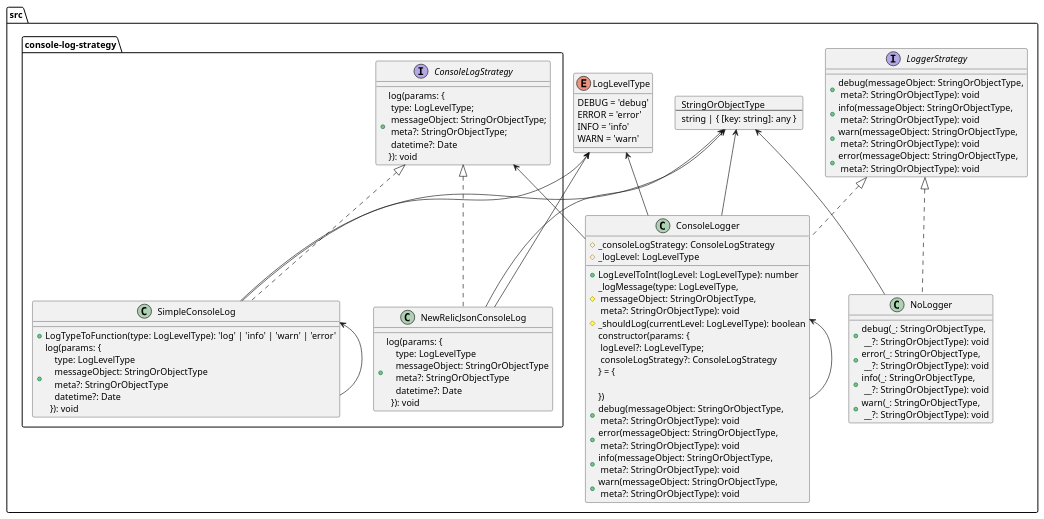
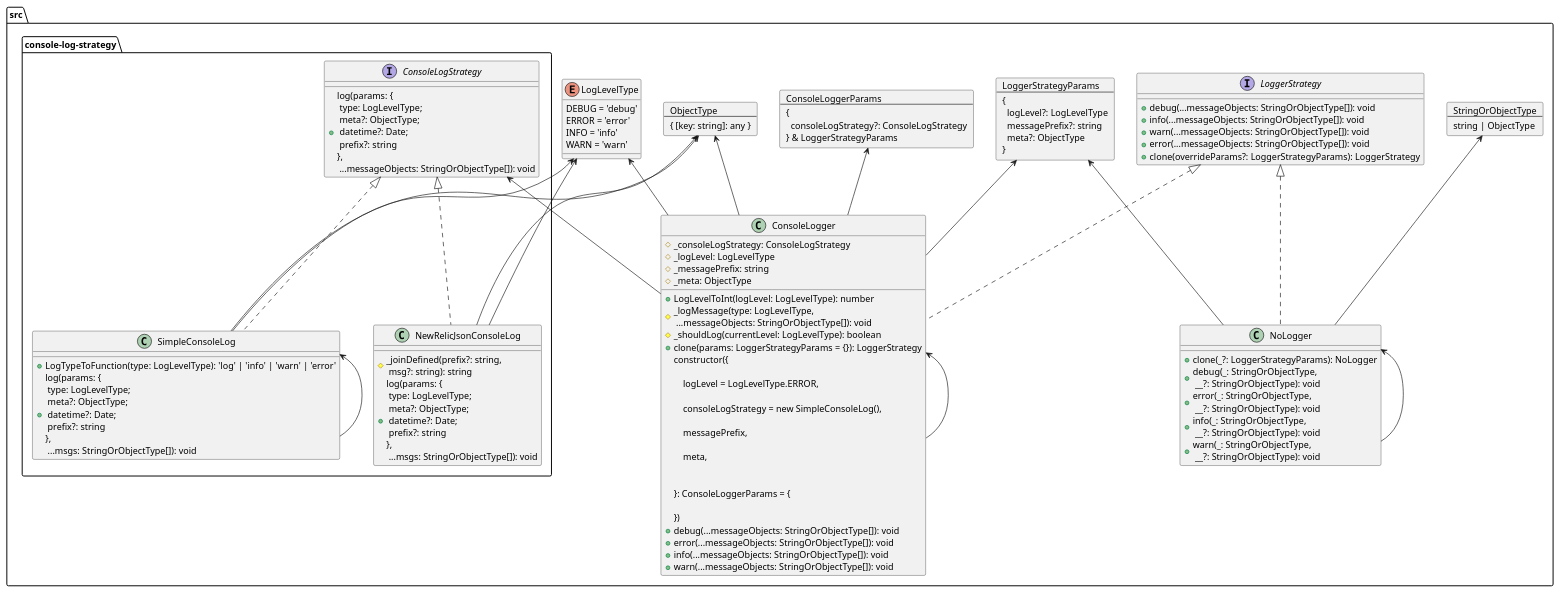
The diagram in resource/doc/vision/vision.puml (beecode-rs/msh-node-log), drawn with PlantUML before and after one commit. The commit also changed 44 other files, not shown here.

Commit message:
feat: console-logger accepts params like console.log()

```diff
--- a/resource/doc/vision/vision.puml
+++ b/resource/doc/vision/vision.puml
@@ -1,65 +1,96 @@
 @startuml
     folder "src" as src_b874d07 {
+      card console_logger_params_d9ae554f [
+        ConsoleLoggerParams
+        ---
+        {
+          consoleLogStrategy?: ConsoleLogStrategy
+        } & LoggerStrategyParams
+      ]
       class "ConsoleLogger" as console_logger_d9ae554f {
         + LogLevelToInt(logLevel: LogLevelType): number
         # _consoleLogStrategy: ConsoleLogStrategy
         # _logLevel: LogLevelType
-        # _logMessage(type: LogLevelType,\n messageObject: StringOrObjectType,\n meta?: StringOrObjectType): void
+        # _logMessage(type: LogLevelType,\n ...messageObjects: StringOrObjectType[]): void
+        # _messagePrefix: string
+        # _meta: ObjectType
         # _shouldLog(currentLevel: LogLevelType): boolean
-        constructor(params: {\n logLevel?: LogLevelType;\n consoleLogStrategy?: ConsoleLogStrategy \n} = {\n\n})
-        + debug(messageObject: StringOrObjectType,\n meta?: StringOrObjectType): void
-        + error(messageObject: StringOrObjectType,\n meta?: StringOrObjectType): void
-        + info(messageObject: StringOrObjectType,\n meta?: StringOrObjectType): void
-        + warn(messageObject: StringOrObjectType,\n meta?: StringOrObjectType): void
+        + clone(params: LoggerStrategyParams = {}): LoggerStrategy
+        constructor({\n\n    logLevel = LogLevelType.ERROR,\n\n    consoleLogStrategy = new SimpleConsoleLog(),\n\n    messagePrefix,\n\n    meta,\n\n  \n}: ConsoleLoggerParams = {\n\n})
+        + debug(...messageObjects: StringOrObjectType[]): void
+        + error(...messageObjects: StringOrObjectType[]): void
+        + info(...messageObjects: StringOrObjectType[]): void
+        + warn(...messageObjects: StringOrObjectType[]): void
       }
       enum "LogLevelType" as log_level_type_94add8b {
         DEBUG = 'debug'
         ERROR = 'error'
         INFO = 'info'
         WARN = 'warn'
       }
+      card object_type_765b9703 [
+        ObjectType
+        ---
+        { [key: string]: any }
+      ]
       card string_or_object_type_765b9703 [
         StringOrObjectType
         ---
-        string | { [key: string]: any }
+        string | ObjectType
+      ]
+      card logger_strategy_params_765b9703 [
+        LoggerStrategyParams
+        ---
+        {
+          logLevel?: LogLevelType
+          messagePrefix?: string
+          meta?: ObjectType
+        }
       ]
       interface "LoggerStrategy" as logger_strategy_765b9703 {
-        + debug(messageObject: StringOrObjectType,\n meta?: StringOrObjectType): void
-        + info(messageObject: StringOrObjectType,\n meta?: StringOrObjectType): void
-        + warn(messageObject: StringOrObjectType,\n meta?: StringOrObjectType): void
-        + error(messageObject: StringOrObjectType,\n meta?: StringOrObjectType): void
+        + debug(...messageObjects: StringOrObjectType[]): void
+        + info(...messageObjects: StringOrObjectType[]): void
+        + warn(...messageObjects: StringOrObjectType[]): void
+        + error(...messageObjects: StringOrObjectType[]): void
+        + clone(overrideParams?: LoggerStrategyParams): LoggerStrategy
       }
       class "NoLogger" as no_logger_efb5639 {
+        + clone(_?: LoggerStrategyParams): NoLogger
         + debug(_: StringOrObjectType,\n __?: StringOrObjectType): void
         + error(_: StringOrObjectType,\n __?: StringOrObjectType): void
         + info(_: StringOrObjectType,\n __?: StringOrObjectType): void
         + warn(_: StringOrObjectType,\n __?: StringOrObjectType): void
       }
       folder "console-log-strategy" as console_log_strategy_5838fe20 {
         interface "ConsoleLogStrategy" as console_log_strategy_7d0f5d8e {
-          + log(params: {\n type: LogLevelType;\n messageObject: StringOrObjectType;\n meta?: StringOrObjectType;\n datetime?: Date \n}): void
+          + log(params: {\n type: LogLevelType;\n meta?: ObjectType;\n datetime?: Date;\n prefix?: string \n},\n ...messageObjects: StringOrObjectType[]): void
         }
         class "NewRelicJsonConsoleLog" as new_relic_json_console_log_cea23840 {
-          + log(params: {\n    type: LogLevelType\n    messageObject: StringOrObjectType\n    meta?: StringOrObjectType\n    datetime?: Date\n  }): void
+          # _joinDefined(prefix?: string,\n msg?: string): string
+          + log(params: {\n type: LogLevelType;\n meta?: ObjectType;\n datetime?: Date;\n prefix?: string \n},\n ...msgs: StringOrObjectType[]): void
         }
         class "SimpleConsoleLog" as simple_console_log_8617eebb {
           + LogTypeToFunction(type: LogLevelType): 'log' | 'info' | 'warn' | 'error'
-          + log(params: {\n    type: LogLevelType\n    messageObject: StringOrObjectType\n    meta?: StringOrObjectType\n    datetime?: Date\n  }): void
+          + log(params: {\n type: LogLevelType;\n meta?: ObjectType;\n datetime?: Date;\n prefix?: string \n},\n ...msgs: StringOrObjectType[]): void
         }
       }
     }
   new_relic_json_console_log_cea23840 -up-> log_level_type_94add8b
-  new_relic_json_console_log_cea23840 -up-> string_or_object_type_765b9703
+  new_relic_json_console_log_cea23840 -up-> object_type_765b9703
   new_relic_json_console_log_cea23840 .up.|> console_log_strategy_7d0f5d8e
   simple_console_log_8617eebb -up-> log_level_type_94add8b
-  simple_console_log_8617eebb -up-> string_or_object_type_765b9703
+  simple_console_log_8617eebb -up-> object_type_765b9703
   simple_console_log_8617eebb -up-> simple_console_log_8617eebb
   simple_console_log_8617eebb .up.|> console_log_strategy_7d0f5d8e
   console_logger_d9ae554f -up-> console_log_strategy_7d0f5d8e
   console_logger_d9ae554f -up-> log_level_type_94add8b
-  console_logger_d9ae554f -up-> string_or_object_type_765b9703
+  console_logger_d9ae554f -up-> logger_strategy_params_765b9703
+  console_logger_d9ae554f -up-> object_type_765b9703
+  console_logger_d9ae554f -up-> console_logger_params_d9ae554f
   console_logger_d9ae554f -up-> console_logger_d9ae554f
   console_logger_d9ae554f .up.|> logger_strategy_765b9703
+  no_logger_efb5639 -up-> logger_strategy_params_765b9703
   no_logger_efb5639 -up-> string_or_object_type_765b9703
+  no_logger_efb5639 -up-> no_logger_efb5639
   no_logger_efb5639 .up.|> logger_strategy_765b9703
 @enduml
```
